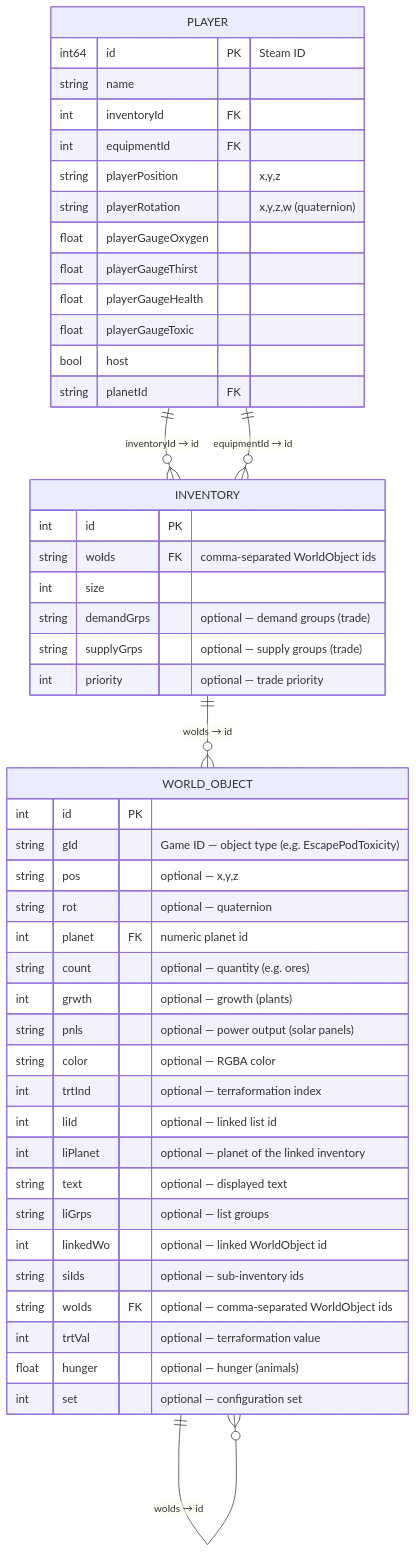
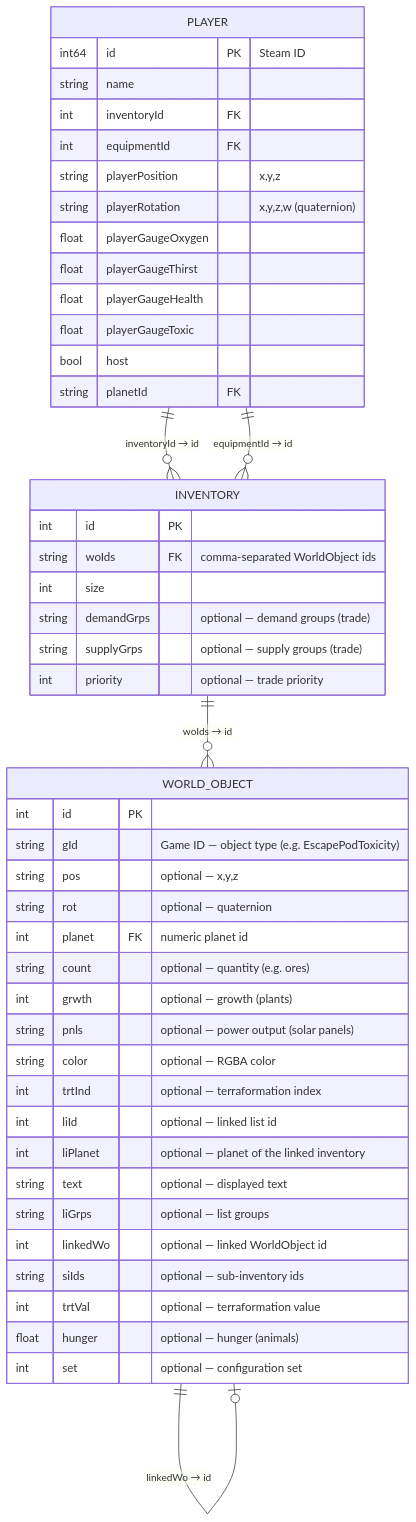
The diagram in docs/save-format.md (delairec/planet-crafter-save-tools), drawn with Mermaid before and after one commit. The commit also changed other lines of this file and 379 other files, not shown here.

First line of the commit message:
feat(ui): redesign the web ui and add power levels charts (#266)

````diff
--- a/docs/save-format.md
+++ b/docs/save-format.md
@@ -54,55 +54,53 @@
 ```mermaid
 erDiagram
     PLAYER {
         int64   id             PK "Steam ID"
         string  name
         int     inventoryId    FK
         int     equipmentId    FK
         string  playerPosition "x,y,z"
         string  playerRotation "x,y,z,w (quaternion)"
         float   playerGaugeOxygen
         float   playerGaugeThirst
         float   playerGaugeHealth
         float   playerGaugeToxic
         bool    host
         string  planetId       FK
     }
 
     INVENTORY {
         int     id             PK
         string  woIds          FK "comma-separated WorldObject ids"
         int     size
         string  demandGrps     "optional — demand groups (trade)"
         string  supplyGrps     "optional — supply groups (trade)"
         int     priority       "optional — trade priority"
     }
 
     WORLD_OBJECT {
         int     id             PK
         string  gId            "Game ID — object type (e.g. EscapePodToxicity)"
         string  pos            "optional — x,y,z"
         string  rot            "optional — quaternion"
         int     planet         FK "numeric planet id"
         string  count          "optional — quantity (e.g. ores)"
         int     grwth          "optional — growth (plants)"
         string  pnls           "optional — power output (solar panels)"
         string  color          "optional — RGBA color"
         int     trtInd         "optional — terraformation index"
         int     liId           "optional — linked list id"
         int     liPlanet       "optional — planet of the linked inventory"
         string  text           "optional — displayed text"
         string  liGrps         "optional — list groups"
         int     linkedWo       "optional — linked WorldObject id"
         string  siIds          "optional — sub-inventory ids"
-        string  woIds          FK "optional — comma-separated WorldObject ids"
         int     trtVal         "optional — terraformation value"
         float   hunger         "optional — hunger (animals)"
         int     set            "optional — configuration set"
     }
 
     PLAYER ||--o{ INVENTORY : "inventoryId → id"
     PLAYER ||--o{ INVENTORY : "equipmentId → id"
     INVENTORY ||--o{ WORLD_OBJECT : "woIds → id"
     WORLD_OBJECT ||--o| WORLD_OBJECT : "linkedWo → id"
-    WORLD_OBJECT ||--o{ WORLD_OBJECT : "woIds → id"
 ```
````
